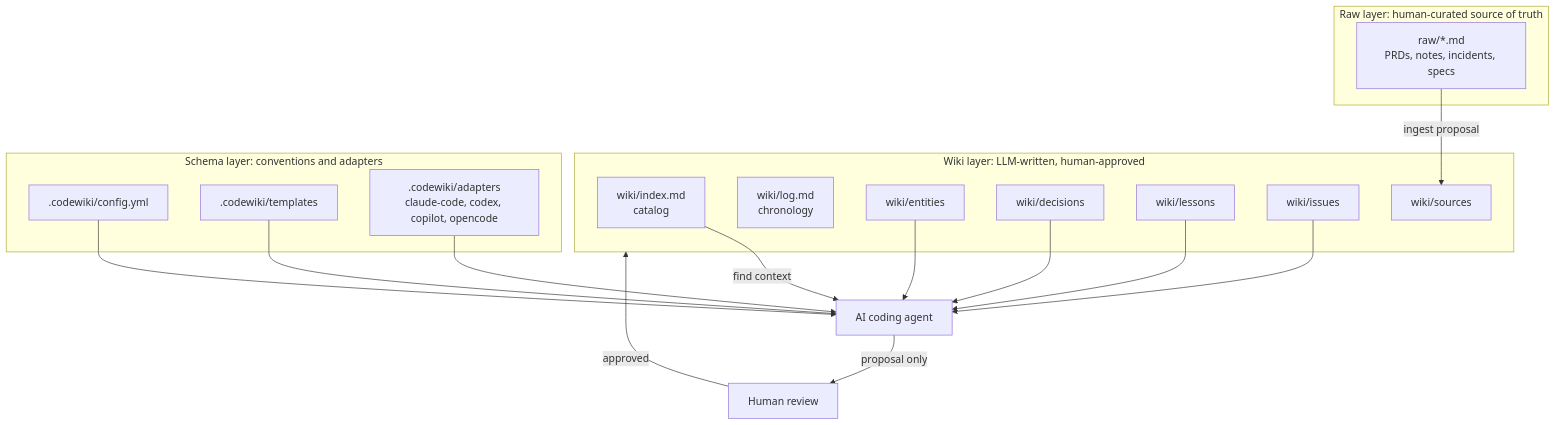
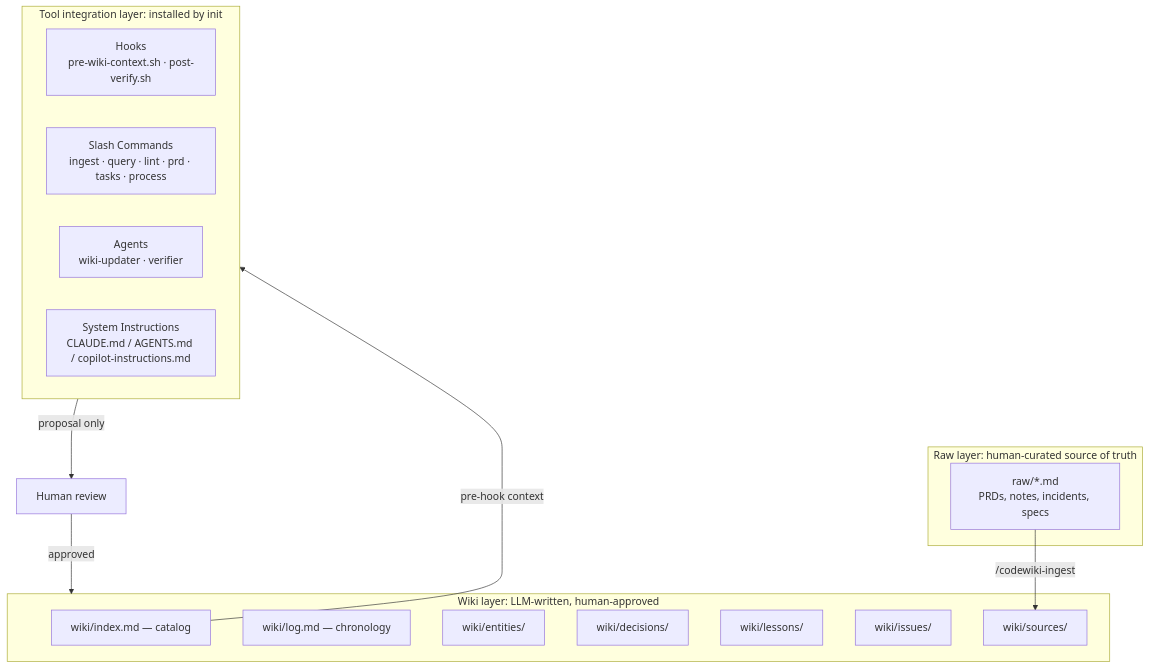
The second of 3 diagrams in README.md (giuice/CodeWiki), drawn with Mermaid before and after one commit. The commit also changed other lines of this file, not shown here.

First line of the commit message:
docs: rewrite README for v2 installer-only architecture

````diff
--- a/README.md
+++ b/README.md
@@ -47,34 +41,28 @@
 ```mermaid
 flowchart TB
   subgraph Raw[Raw layer: human-curated source of truth]
     R1[raw/*.md<br/>PRDs, notes, incidents, specs]
   end
 
   subgraph Wiki[Wiki layer: LLM-written, human-approved]
-    W1[wiki/index.md<br/>catalog]
-    W2[wiki/log.md<br/>chronology]
-    W3[wiki/entities]
-    W4[wiki/decisions]
-    W5[wiki/lessons]
-    W6[wiki/issues]
-    W7[wiki/sources]
+    W1[wiki/index.md — catalog]
+    W2[wiki/log.md — chronology]
+    W3[wiki/entities/]
+    W4[wiki/decisions/]
+    W5[wiki/lessons/]
+    W6[wiki/issues/]
+    W7[wiki/sources/]
   end
 
-  subgraph Schema[Schema layer: conventions and adapters]
-    S1[.codewiki/config.yml]
-    S2[.codewiki/templates]
-    S3[.codewiki/adapters<br/>claude-code, codex, copilot, opencode]
+  subgraph ToolIntegration[Tool integration layer: installed by init]
+    H1[Hooks<br/>pre-wiki-context.sh · post-verify.sh]
+    SC[Slash Commands<br/>ingest · query · lint · prd · tasks · process]
+    AG[Agents<br/>wiki-updater · verifier]
+    SI[System Instructions<br/>CLAUDE.md / AGENTS.md / copilot-instructions.md]
   end
 
-  R1 -->|ingest proposal| W7
-  W1 -->|find context| Agent[AI coding agent]
-  W3 --> Agent
-  W4 --> Agent
-  W5 --> Agent
-  W6 --> Agent
-  S1 --> Agent
-  S2 --> Agent
-  S3 --> Agent
-  Agent -->|proposal only| Review[Human review]
+  R1 -->|/codewiki-ingest| W7
+  W1 -->|pre-hook context| ToolIntegration
+  ToolIntegration -->|proposal only| Review[Human review]
   Review -->|approved| Wiki
 ```
````
